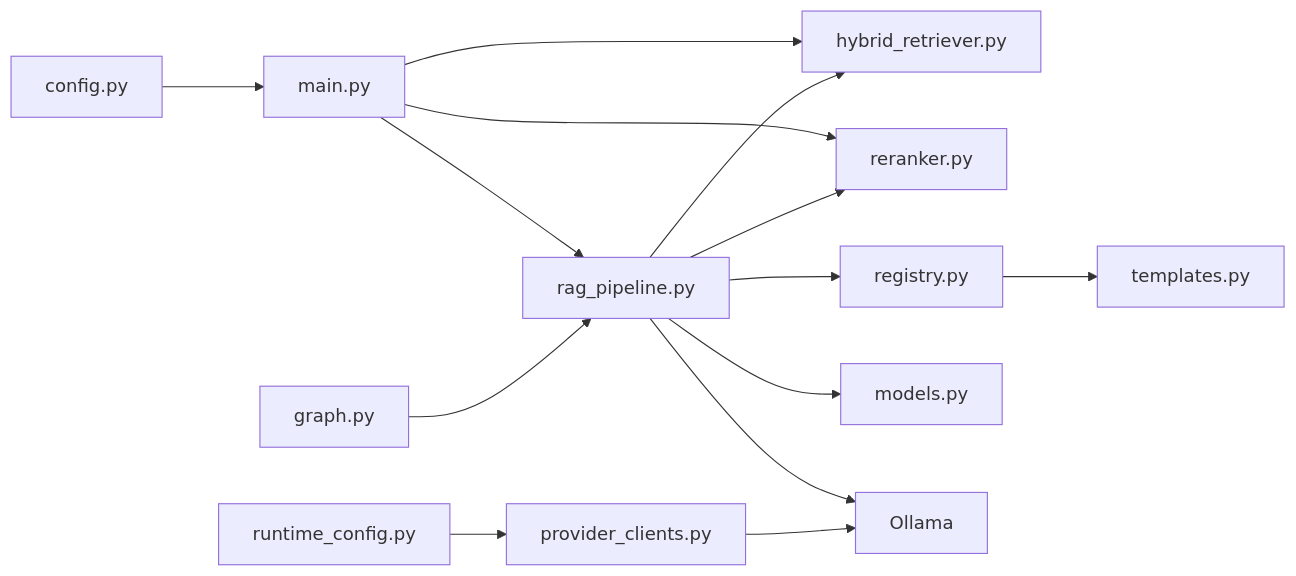
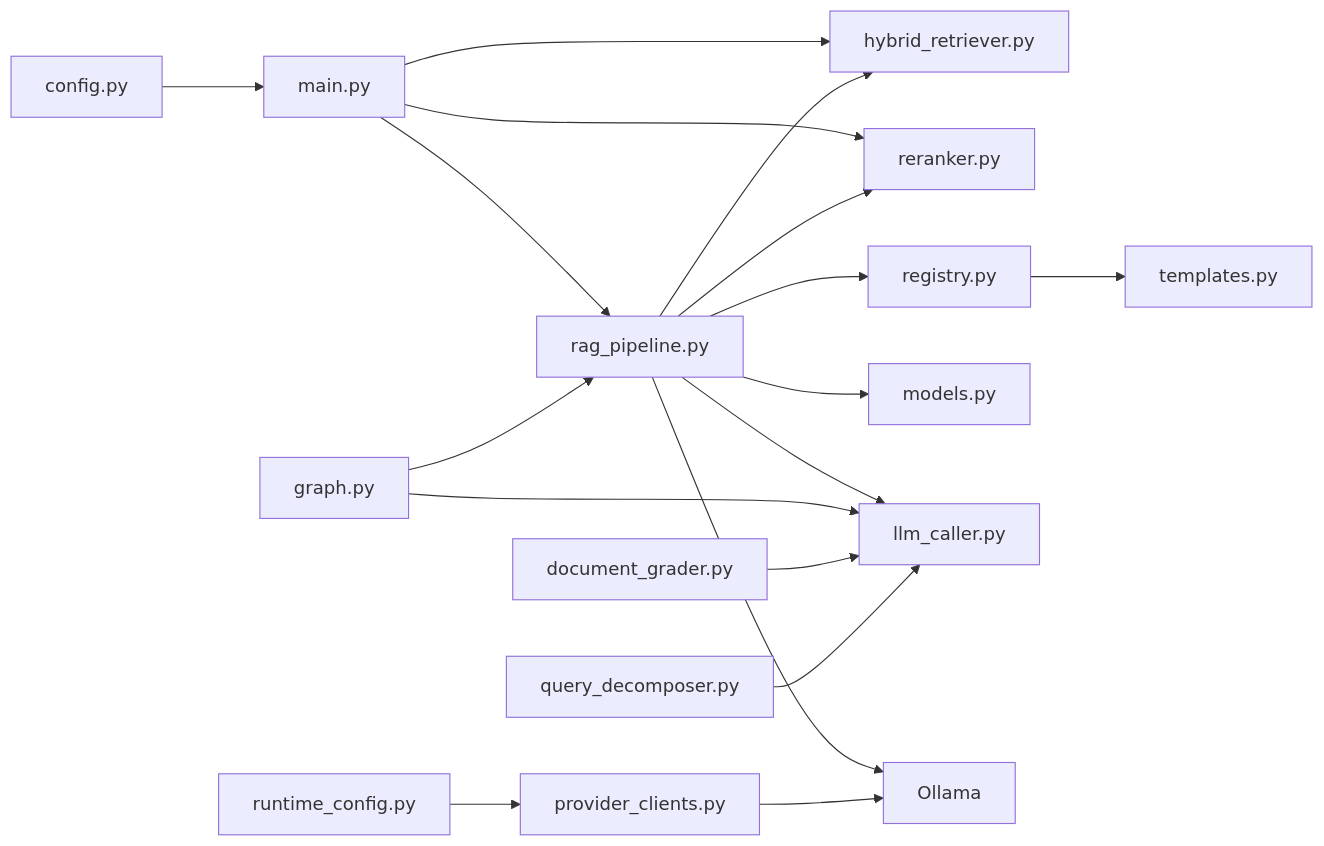
The tenth of 11 diagrams in .qoder/repowiki/en/content/AI Agent Pipeline/LLM Integration and Ollama.md (genes8/private-ai), drawn with Mermaid before and after one commit. The commit also changed other lines of this file and 55 other files, not shown here.

````diff
--- a/.qoder/repowiki/en/content/AI Agent Pipeline/LLM Integration and Ollama.md
+++ b/.qoder/repowiki/en/content/AI Agent Pipeline/LLM Integration and Ollama.md
@@ -325,16 +382,20 @@
 ```mermaid
 graph LR
 CFG["config.py"] --> APP["main.py"]
 APP --> RET["hybrid_retriever.py"]
 APP --> RER["reranker.py"]
 APP --> PIPE["rag_pipeline.py"]
 PIPE --> RET
 PIPE --> RER
 PIPE --> REG["registry.py"]
 REG --> TPL["templates.py"]
 PIPE --> MODELS["models.py"]
+PIPE --> LLM["llm_caller.py"]
 PIPE --> OLA["Ollama"]
 PROV["provider_clients.py"] --> OLA
 RUNTIME["runtime_config.py"] --> PROV
 GRAPH["graph.py"] --> PIPE
+GRAPH --> LLM
+DG["document_grader.py"] --> LLM
+QD["query_decomposer.py"] --> LLM
 ```
````
